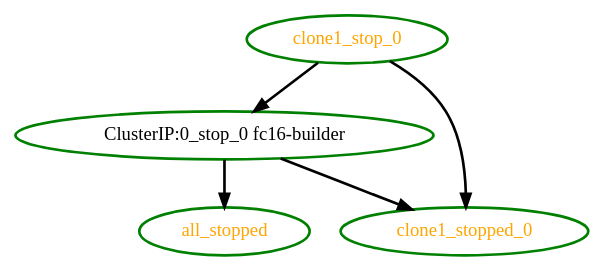
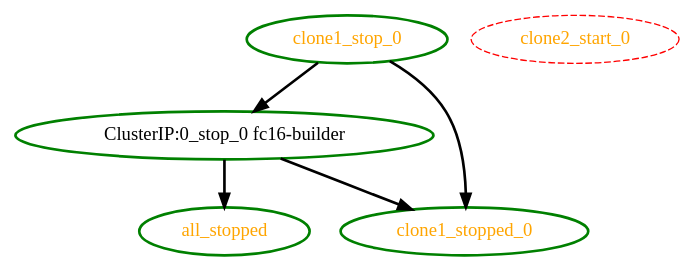
Before and after one commit to ClusterLabs/pacemaker: the diagram in pengine/test10/bug-5014-CLONE-A-stop-B-started.dot, drawn with Graphviz. The commit also changed 2 other files, not shown here.

```diff
--- a/pengine/test10/bug-5014-CLONE-A-stop-B-started.dot
+++ b/pengine/test10/bug-5014-CLONE-A-stop-B-started.dot
@@ -1,10 +1,11 @@
 digraph "g" {
 "ClusterIP:0_stop_0 fc16-builder" -> "all_stopped" [ style = bold]
 "ClusterIP:0_stop_0 fc16-builder" -> "clone1_stopped_0" [ style = bold]
 "ClusterIP:0_stop_0 fc16-builder" [ style=bold color="green" fontcolor="black"]
 "all_stopped" [ style=bold color="green" fontcolor="orange"]
 "clone1_stop_0" -> "ClusterIP:0_stop_0 fc16-builder" [ style = bold]
 "clone1_stop_0" -> "clone1_stopped_0" [ style = bold]
 "clone1_stop_0" [ style=bold color="green" fontcolor="orange"]
 "clone1_stopped_0" [ style=bold color="green" fontcolor="orange"]
+"clone2_start_0" [ style=dashed color="red" fontcolor="orange"]
 }
```
